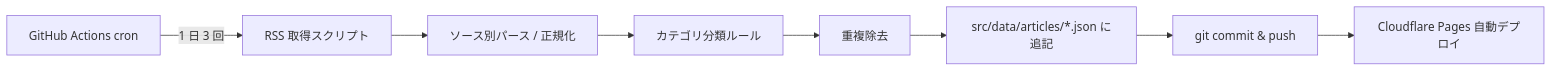
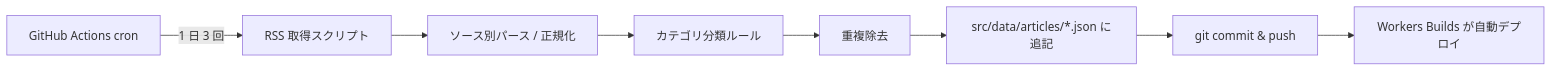
The diagram in docs/PRD.md (Hayato-Isagawa/edu-watch), drawn with Mermaid before and after one commit. The commit also changed other lines of this file and 3 other files, not shown here.

````diff
--- a/docs/PRD.md
+++ b/docs/PRD.md
@@ -326,10 +326,10 @@
 ```mermaid
 flowchart LR
   A[GitHub Actions cron] -->|1 日 3 回| B[RSS 取得スクリプト]
   B --> C[ソース別パース / 正規化]
   C --> D[カテゴリ分類ルール]
   D --> E[重複除去]
   E --> F[src/data/articles/*.json に追記]
   F --> G[git commit & push]
-  G --> H[Cloudflare Pages 自動デプロイ]
+  G --> H[Workers Builds が自動デプロイ]
 ```
````
